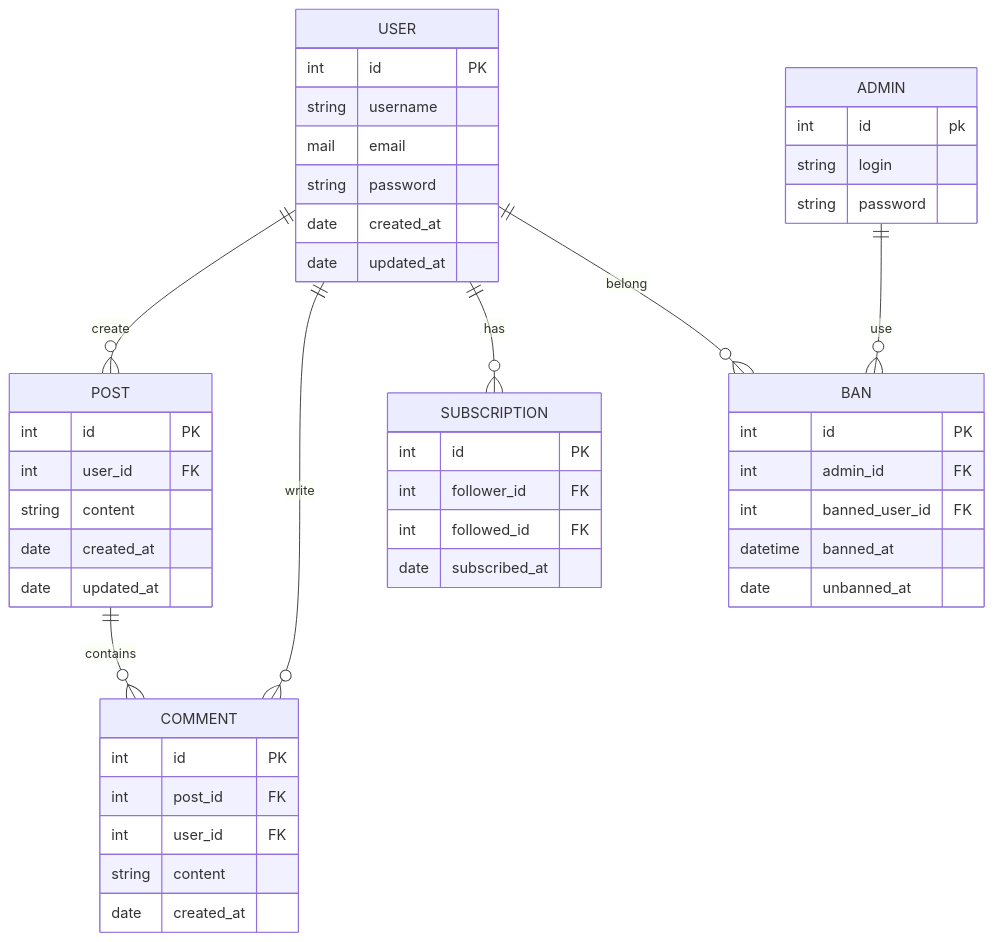
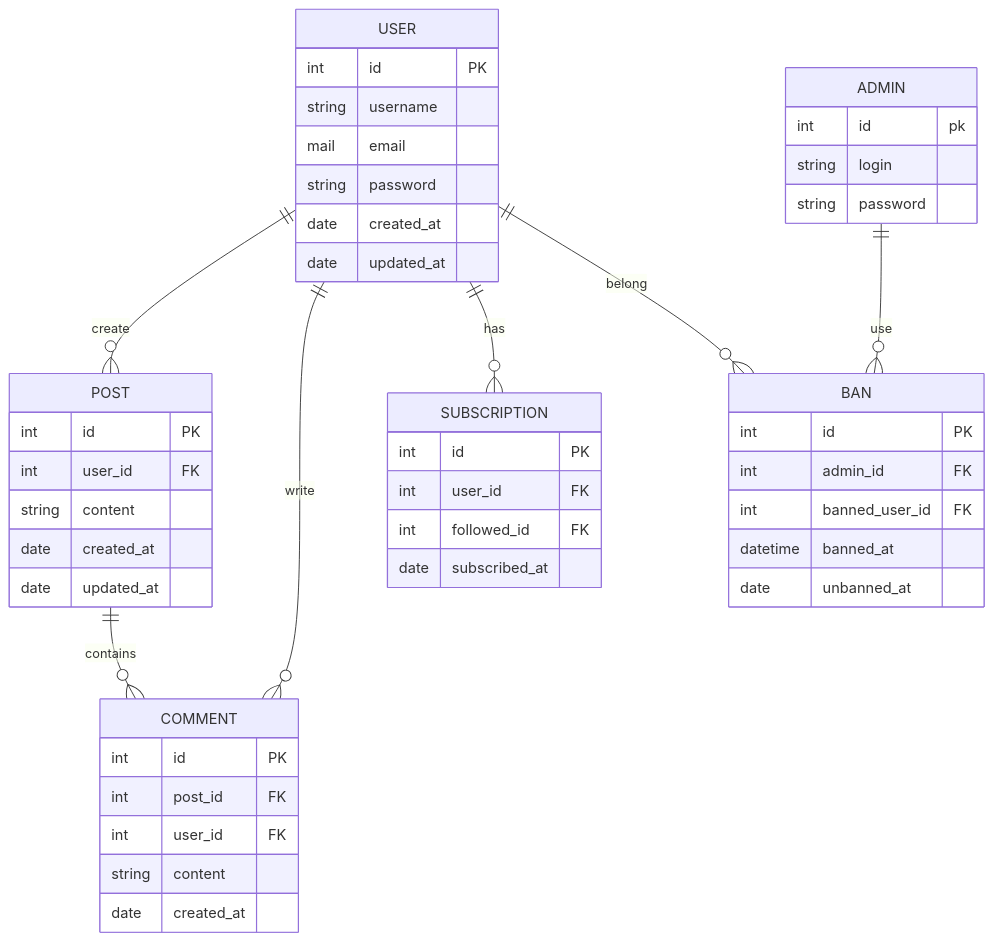
The diagram in assets/Model-Entites-Associations.mmd (Nicolas-Herisson/S20-social-network-Nicolas-Herisson), drawn with Mermaid before and after one commit. The commit also changed 14 other files, not shown here.

Commit message:
refactor: setup mvc architecture and setup docker-compose/dockerfile

```diff
--- a/assets/Model-Entites-Associations.mmd
+++ b/assets/Model-Entites-Associations.mmd
@@ -1,56 +1,56 @@
 
 erDiagram
     USER ||--o{ POST : "create"
     USER ||--o{ COMMENT : "write"
     POST ||--o{ COMMENT : "contains"
 
     USER ||--o{ SUBSCRIPTION : "has"
 
     USER ||--o{ BAN : "belong"
     ADMIN ||--o{ BAN : "use"
 
     POST {
         int id PK
         int user_id FK
         string content
         date created_at
         date updated_at
     }
 
     USER {
         int id PK
         string username
         mail email
         string password
         date created_at
         date updated_at
     }
 
     COMMENT {
         int id PK
         int post_id FK
         int user_id FK
         string content
         date created_at
     }
 
     SUBSCRIPTION {
         int id PK
-        int follower_id FK
+        int user_id FK
         int followed_id FK
         date subscribed_at
     }
 
     BAN {
         int id PK
         int admin_id FK
         int banned_user_id FK
         datetime banned_at
         date unbanned_at
     }
 
     ADMIN {
         int id pk
         string login
         string password
     }
```
